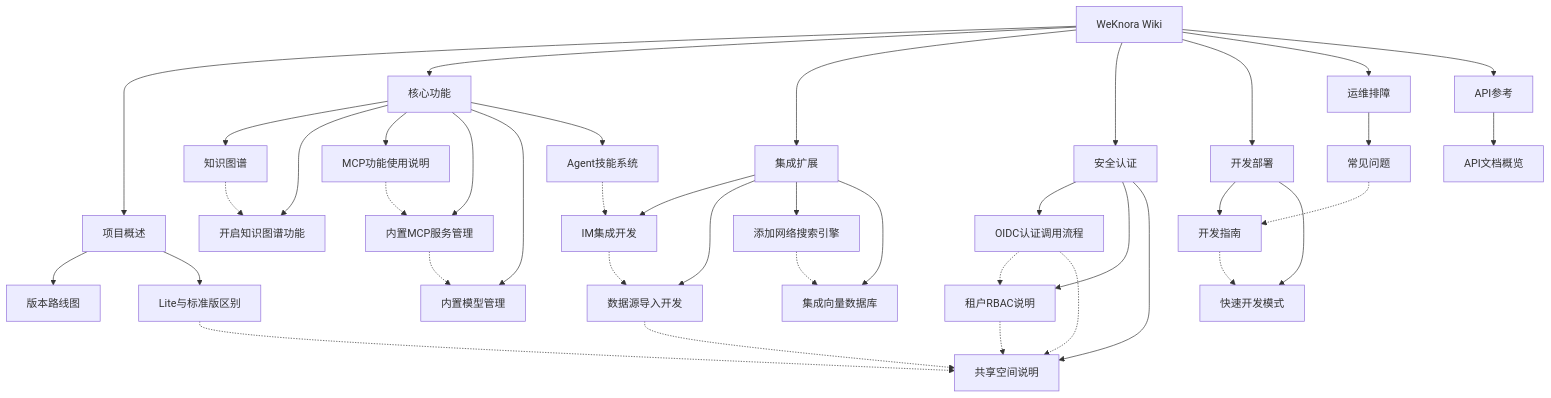
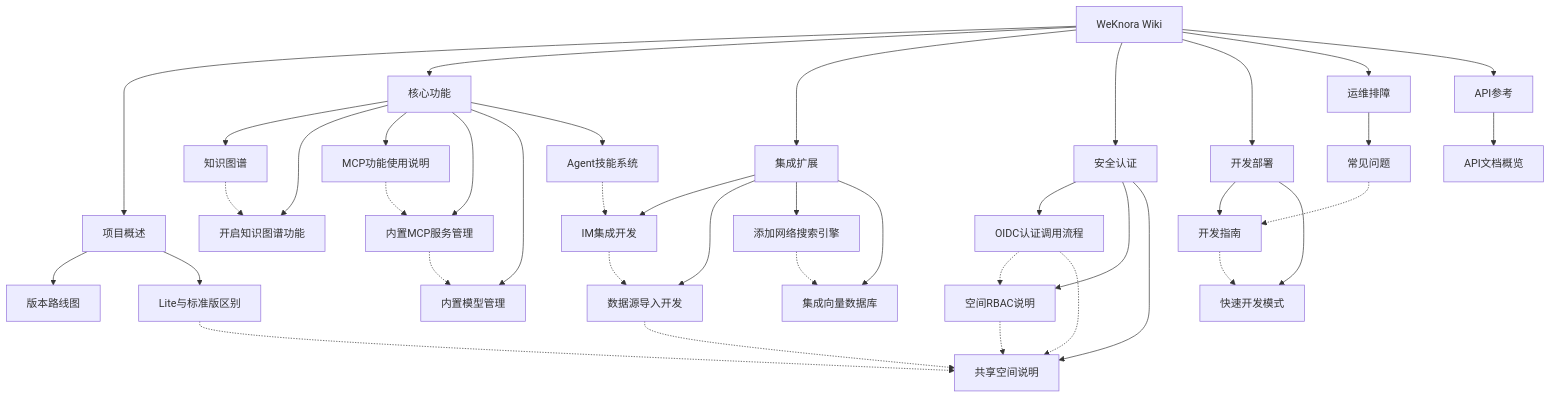
One commit to Pototoooo/LoreLattice changed the diagram in docs/wiki/Home.md. Above: the diagram before and after it, drawn with Mermaid. The commit also changed other lines of this file and 160 other files, not shown here.

````diff
--- a/docs/wiki/Home.md
+++ b/docs/wiki/Home.md
@@ -71,51 +71,51 @@
 ```mermaid
 graph TB
     Home[WeKnora Wiki]
     Home --> 项目概述
     Home --> 核心功能
     Home --> 集成扩展
     Home --> 安全认证
     Home --> 开发部署
     Home --> 运维排障
     Home --> API参考
 
     项目概述 --> ROADMAP[版本路线图]
     项目概述 --> LITE[Lite与标准版区别]
 
     核心功能 --> KG[知识图谱]
     核心功能 --> KGSetup[开启知识图谱功能]
     核心功能 --> MCP[MCP功能使用说明]
     核心功能 --> BuiltinMCP[内置MCP服务管理]
     核心功能 --> BuiltinModel[内置模型管理]
     核心功能 --> Skills[Agent技能系统]
 
     集成扩展 --> IM[IM集成开发]
     集成扩展 --> DS[数据源导入开发]
     集成扩展 --> WebSearch[添加网络搜索引擎]
     集成扩展 --> VecDB[集成向量数据库]
 
     安全认证 --> OIDC[OIDC认证调用流程]
-    安全认证 --> RBAC[租户RBAC说明]
+    安全认证 --> RBAC[空间RBAC说明]
     安全认证 --> SharedSpace[共享空间说明]
 
     开发部署 --> DevGuide[开发指南]
     开发部署 --> QuickDev[快速开发模式]
 
     运维排障 --> FAQ[常见问题]
 
     API参考 --> APIOverview[API文档概览]
 
     KG -.-> KGSetup
     MCP -.-> BuiltinMCP
     BuiltinMCP -.-> BuiltinModel
     Skills -.-> IM
     IM -.-> DS
     DS -.-> SharedSpace
     OIDC -.-> RBAC
     RBAC -.-> SharedSpace
     OIDC -.-> SharedSpace
     LITE -.-> SharedSpace
     WebSearch -.-> VecDB
     DevGuide -.-> QuickDev
     FAQ -.-> DevGuide
 ```
````
